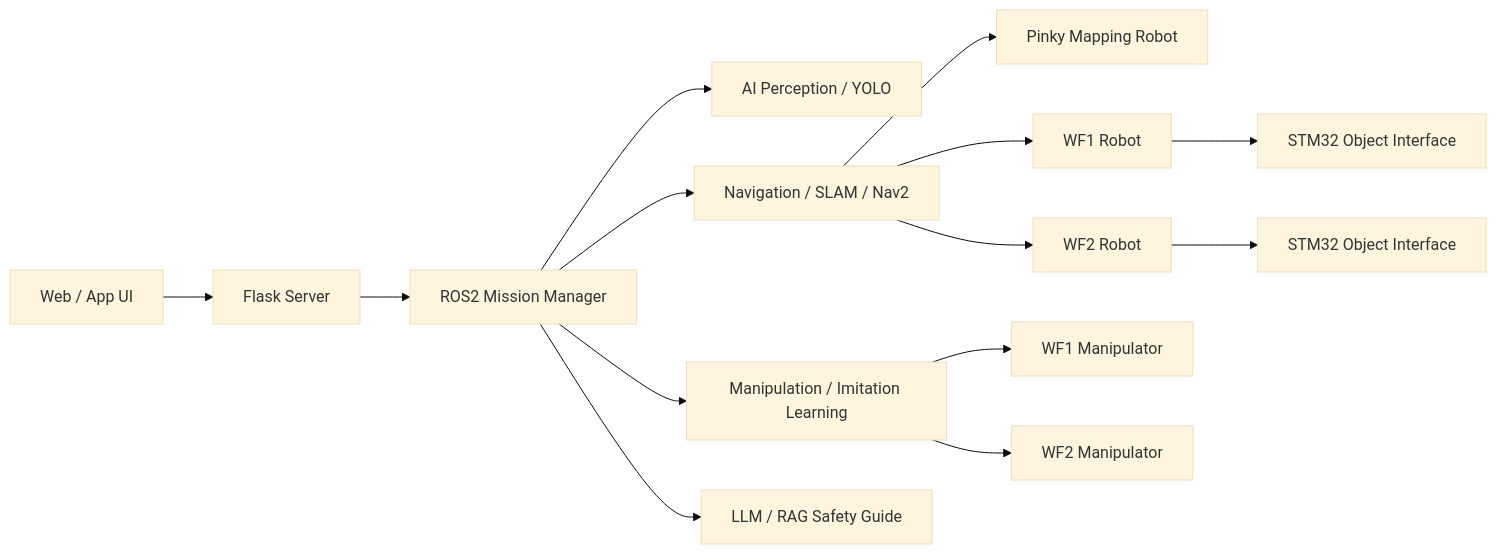
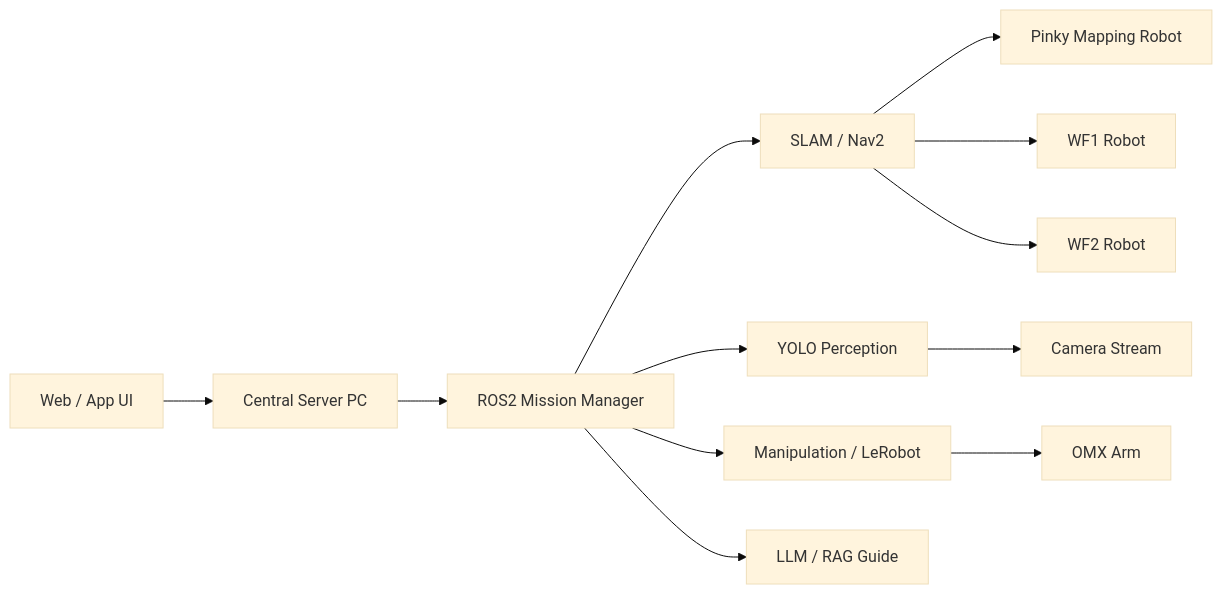
The diagram in README.md (cheeserust/ROScue), drawn with Mermaid (base theme) before and after one commit. The commit also changed other lines of this file and 51 other files, not shown here.

````diff
--- a/README.md
+++ b/README.md
@@ -53,19 +68,15 @@
 ```mermaid
 flowchart LR
-    UI[Web / App UI] --> Flask[Flask Server]
-    Flask --> Manager[ROS2 Mission Manager]
-    Manager --> Perception[AI Perception / YOLO]
-    Manager --> Navigation[Navigation / SLAM / Nav2]
-    Manager --> Manipulation[Manipulation / Imitation Learning]
-    Manager --> RAG[LLM / RAG Safety Guide]
+    UI[Web / App UI] --> Server[Central Server PC]
+    Server --> Mission[ROS2 Mission Manager]
+    Mission --> Nav[SLAM / Nav2]
+    Mission --> Vision[YOLO Perception]
+    Mission --> Manip[Manipulation / LeRobot]
+    Mission --> RAG[LLM / RAG Guide]
 
-    Navigation --> Pinky[Pinky Mapping Robot]
-    Navigation --> WF1[WF1 Robot]
-    Navigation --> WF2[WF2 Robot]
-
-    Manipulation --> Arm1[WF1 Manipulator]
-    Manipulation --> Arm2[WF2 Manipulator]
-
-    WF1 --> STM1[STM32 Object Interface]
-    WF2 --> STM2[STM32 Object Interface]
+    Nav --> Pinky[Pinky Mapping Robot]
+    Nav --> WF1[WF1 Robot]
+    Nav --> WF2[WF2 Robot]
+    Manip --> Arm[OMX Arm]
+    Vision --> Camera[Camera Stream]
 ```
````
